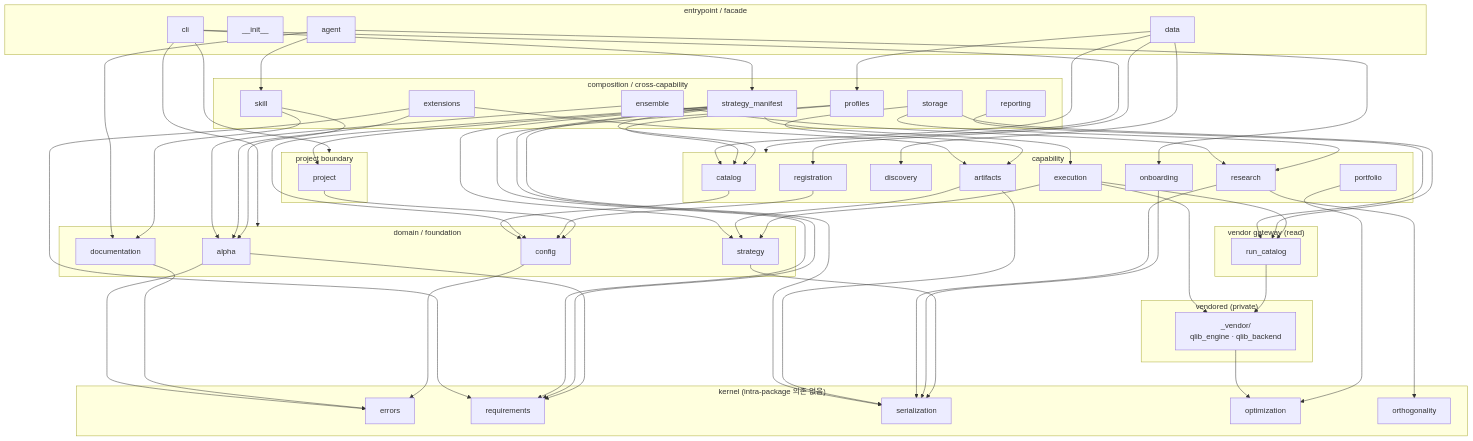
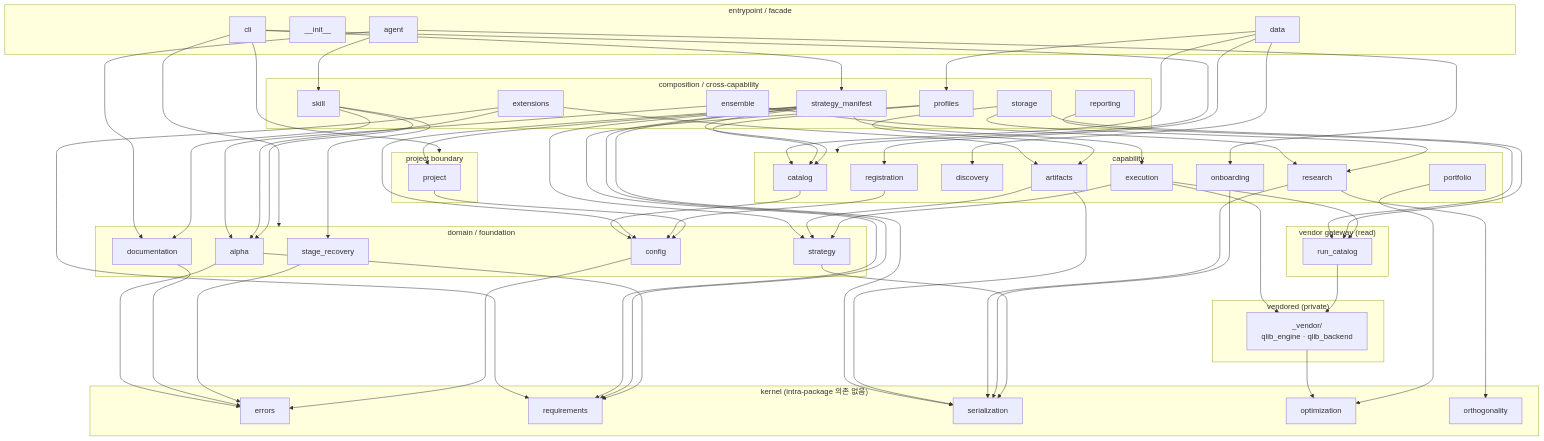
One commit to jaepil-choi/qlibx changed the second of 15 diagrams in docs/qlibx-architecture.md. Above: the diagram before and after it, drawn with Mermaid. The commit also changed other lines of this file, not shown here.

Commit message:
Bring the architecture doc up to the last two commits

````diff
--- a/docs/qlibx-architecture.md
+++ b/docs/qlibx-architecture.md
@@ -124,6 +124,7 @@
         alpha["alpha"]
         strategy["strategy"]
         documentation["documentation"]
+        stagerec["stage_recovery"]
         config["config"]
     end
 
@@ -159,6 +160,7 @@
     extensions --> requirements
     skill --> alpha
     skill --> documentation
+    skill --> stagerec
     storage --> artifacts
     storage --> research
     storage --> runcat
@@ -190,6 +192,7 @@
     alpha --> requirements
     strategy --> serialization
     documentation --> errors
+    stagerec --> errors
     project --> config
     config --> errors
 ```
````
